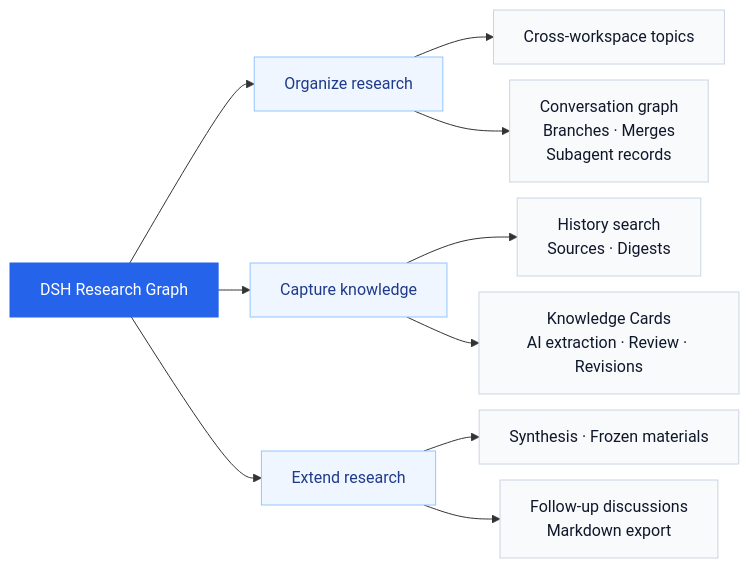
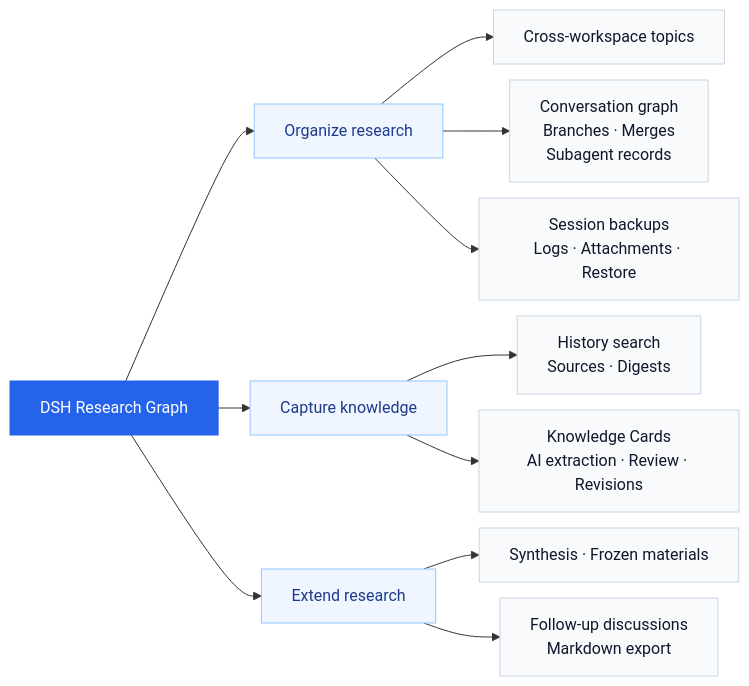
One commit to benz-ai-x/dsh-research-graph changed the diagram in README.md. Above: the diagram before and after it, drawn with Mermaid. The commit also changed other lines of this file and 43 other files, not shown here.

Commit message:
feat: add native session backup restore

````diff
--- a/README.md
+++ b/README.md
@@ -25,19 +25,19 @@
 ```mermaid
 ---
 config:
   flowchart:
     nodeSpacing: 16
     rankSpacing: 32
 ---
 flowchart LR
   G["DSH Research Graph"] --> O["Organize research"] & K["Capture knowledge"] & R["Extend research"]
-  O --> O1["Cross-workspace topics"] & O2["Conversation graph<br/>Branches · Merges<br/>Subagent records"]
+  O --> O1["Cross-workspace topics"] & O2["Conversation graph<br/>Branches · Merges<br/>Subagent records"] & O3["Session backups<br/>Logs · Attachments · Restore"]
   K --> K1["History search<br/>Sources · Digests"] & K2["Knowledge Cards<br/>AI extraction · Review · Revisions"]
   R --> R1["Synthesis · Frozen materials"] & R2["Follow-up discussions<br/>Markdown export"]
   classDef brand fill:#2563eb,stroke:#2563eb,color:#fff
   classDef group fill:#eff6ff,stroke:#93c5fd,color:#1e3a8a
   classDef feature fill:#f8fafc,stroke:#cbd5e1,color:#0f172a
   class G brand
   class O,K,R group
-  class O1,O2,K1,K2,R1,R2 feature
+  class O1,O2,O3,K1,K2,R1,R2 feature
 ```
````
